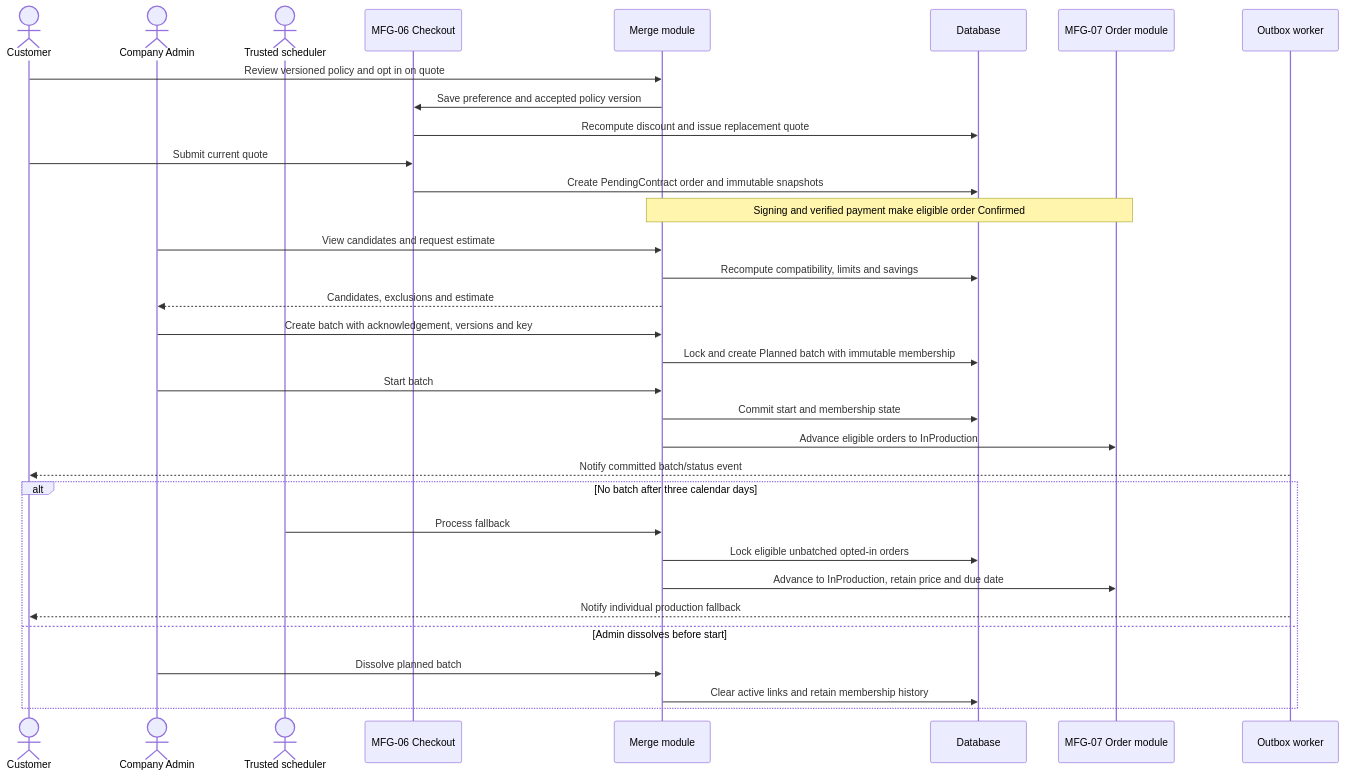
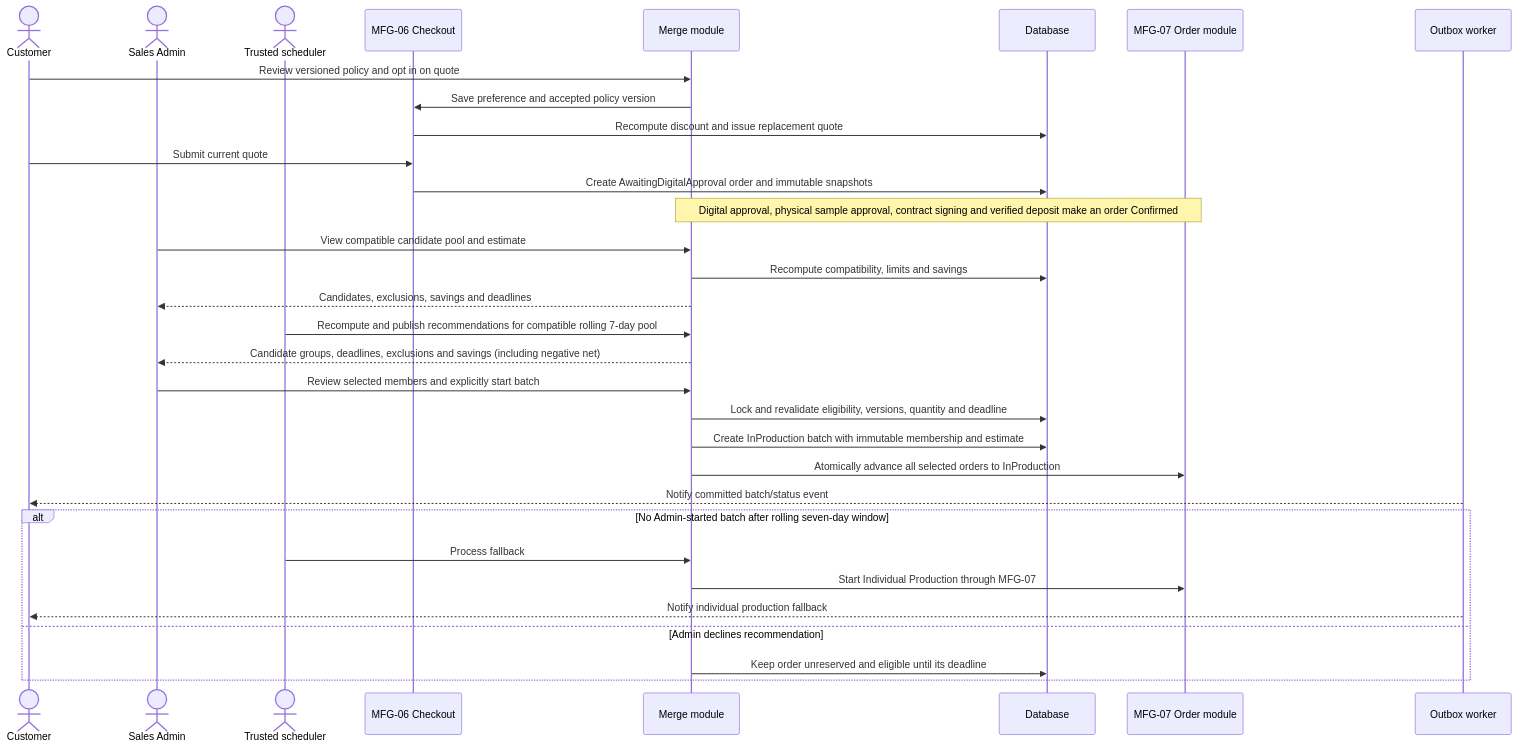
Before and after one commit to ankhanhwork/weavelink-project: diagram 13 of 15 in docs/architecture/sequence.md, drawn with Mermaid. The commit also changed other lines of this file and 101 other files, not shown here.

````diff
--- a/docs/architecture/sequence.md
+++ b/docs/architecture/sequence.md
@@ -372,35 +353,34 @@
 ```mermaid
 sequenceDiagram
     actor Customer as Customer
-    actor CompanyAdmin as Company Admin
+    actor CompanyAdmin as Sales Admin
     actor Scheduler as Trusted scheduler
     participant CheckoutModule as MFG-06 Checkout
     participant MergeModule as Merge module
     participant Database as Database
     participant OrderModule as MFG-07 Order module
     participant OutboxWorker as Outbox worker
     Customer->>MergeModule: Review versioned policy and opt in on quote
     MergeModule->>CheckoutModule: Save preference and accepted policy version
     CheckoutModule->>Database: Recompute discount and issue replacement quote
     Customer->>CheckoutModule: Submit current quote
-    CheckoutModule->>Database: Create PendingContract order and immutable snapshots
-    Note over OrderModule,MergeModule: Signing and verified payment make eligible order Confirmed
-    CompanyAdmin->>MergeModule: View candidates and request estimate
+    CheckoutModule->>Database: Create AwaitingDigitalApproval order and immutable snapshots
+    Note over OrderModule,MergeModule: Digital approval, physical sample approval, contract signing and verified deposit make an order Confirmed
+    CompanyAdmin->>MergeModule: View compatible candidate pool and estimate
     MergeModule->>Database: Recompute compatibility, limits and savings
-    MergeModule-->>CompanyAdmin: Candidates, exclusions and estimate
-    CompanyAdmin->>MergeModule: Create batch with acknowledgement, versions and key
-    MergeModule->>Database: Lock and create Planned batch with immutable membership
-    CompanyAdmin->>MergeModule: Start batch
-    MergeModule->>Database: Commit start and membership state
-    MergeModule->>OrderModule: Advance eligible orders to InProduction
+    MergeModule-->>CompanyAdmin: Candidates, exclusions, savings and deadlines
+    Scheduler->>MergeModule: Recompute and publish recommendations for compatible rolling 7-day pool
+    MergeModule-->>CompanyAdmin: Candidate groups, deadlines, exclusions and savings (including negative net)
+    CompanyAdmin->>MergeModule: Review selected members and explicitly start batch
+    MergeModule->>Database: Lock and revalidate eligibility, versions, quantity and deadline
+    MergeModule->>Database: Create InProduction batch with immutable membership and estimate
+    MergeModule->>OrderModule: Atomically advance all selected orders to InProduction
     OutboxWorker-->>Customer: Notify committed batch/status event
-    alt No batch after three calendar days
+    alt No Admin-started batch after rolling seven-day window
         Scheduler->>MergeModule: Process fallback
-        MergeModule->>Database: Lock eligible unbatched opted-in orders
-        MergeModule->>OrderModule: Advance to InProduction, retain price and due date
+        MergeModule->>OrderModule: Start Individual Production through MFG-07
         OutboxWorker-->>Customer: Notify individual production fallback
-    else Admin dissolves before start
-        CompanyAdmin->>MergeModule: Dissolve planned batch
-        MergeModule->>Database: Clear active links and retain membership history
+    else Admin declines recommendation
+        MergeModule->>Database: Keep order unreserved and eligible until its deadline
     end
 ```
````
